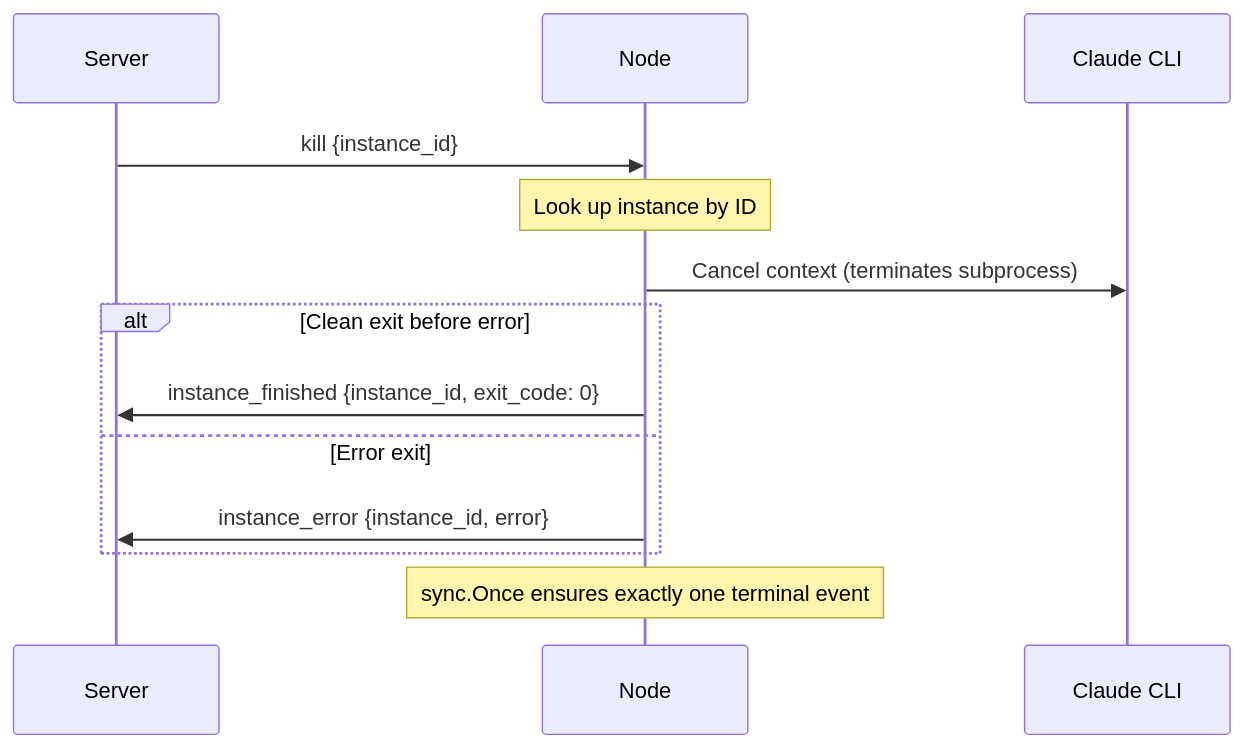
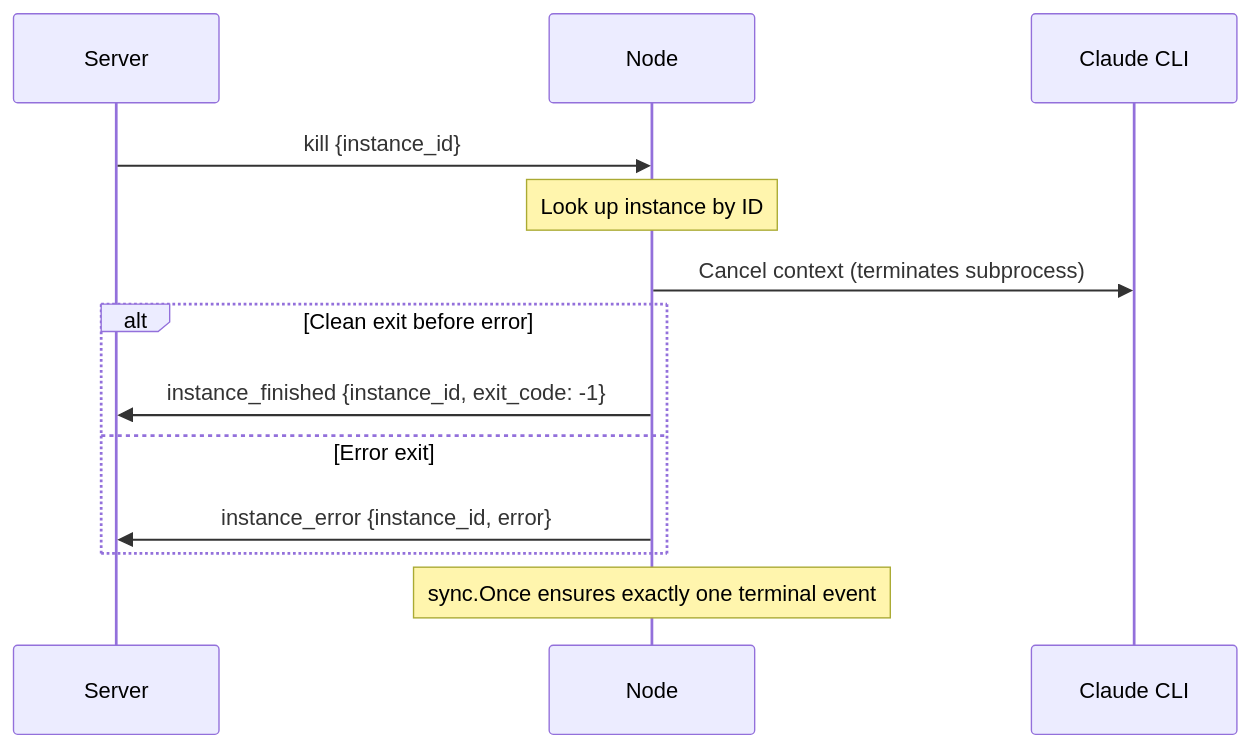
The third of 5 diagrams in docs/protocol-spec.md (thejoshtaylor/glsd-node), drawn with Mermaid before and after one commit. The commit also changed other lines of this file and 1 other file, not shown here.

First line of the commit message:
docs(16-01): update protocol and server specs for InstanceFinished session_id

````diff
--- a/docs/protocol-spec.md
+++ b/docs/protocol-spec.md
@@ -489,16 +491,16 @@
 ```mermaid
 sequenceDiagram
     participant Server
     participant Node
     participant CLI as Claude CLI
 
     Server->>Node: kill {instance_id}
     Note over Node: Look up instance by ID
     Node->>CLI: Cancel context (terminates subprocess)
     alt Clean exit before error
-        Node->>Server: instance_finished {instance_id, exit_code: 0}
+        Node->>Server: instance_finished {instance_id, exit_code: -1}
     else Error exit
         Node->>Server: instance_error {instance_id, error}
     end
     Note over Node: sync.Once ensures exactly one terminal event
 ```
````
